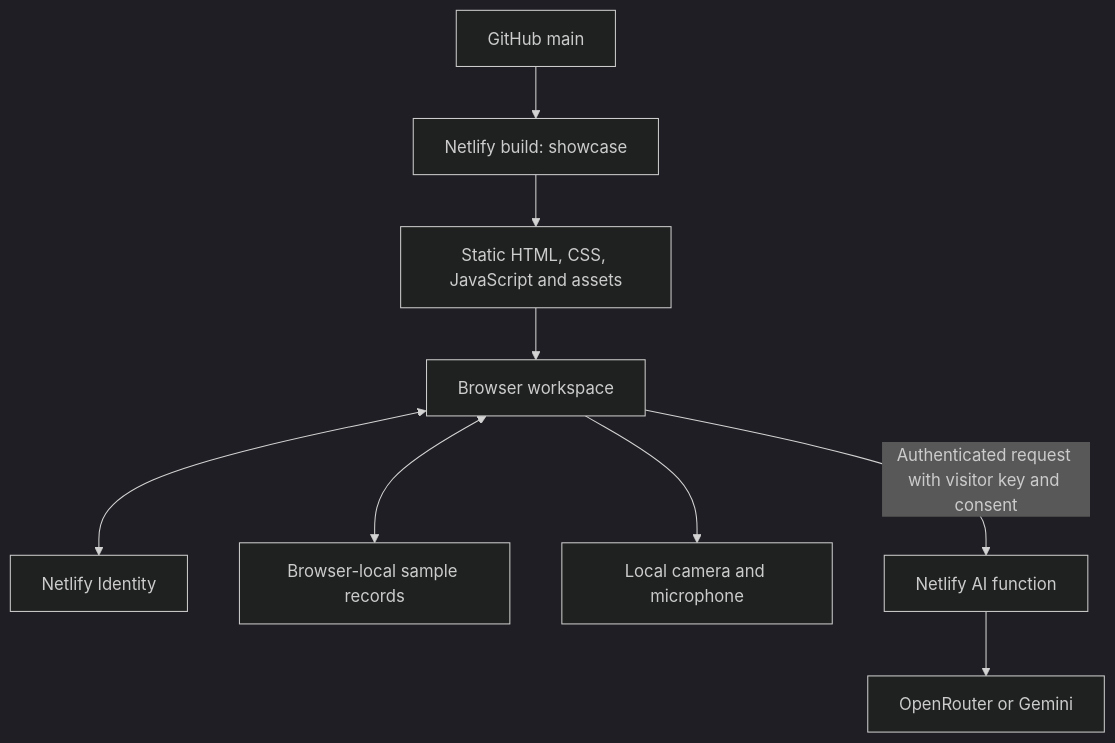
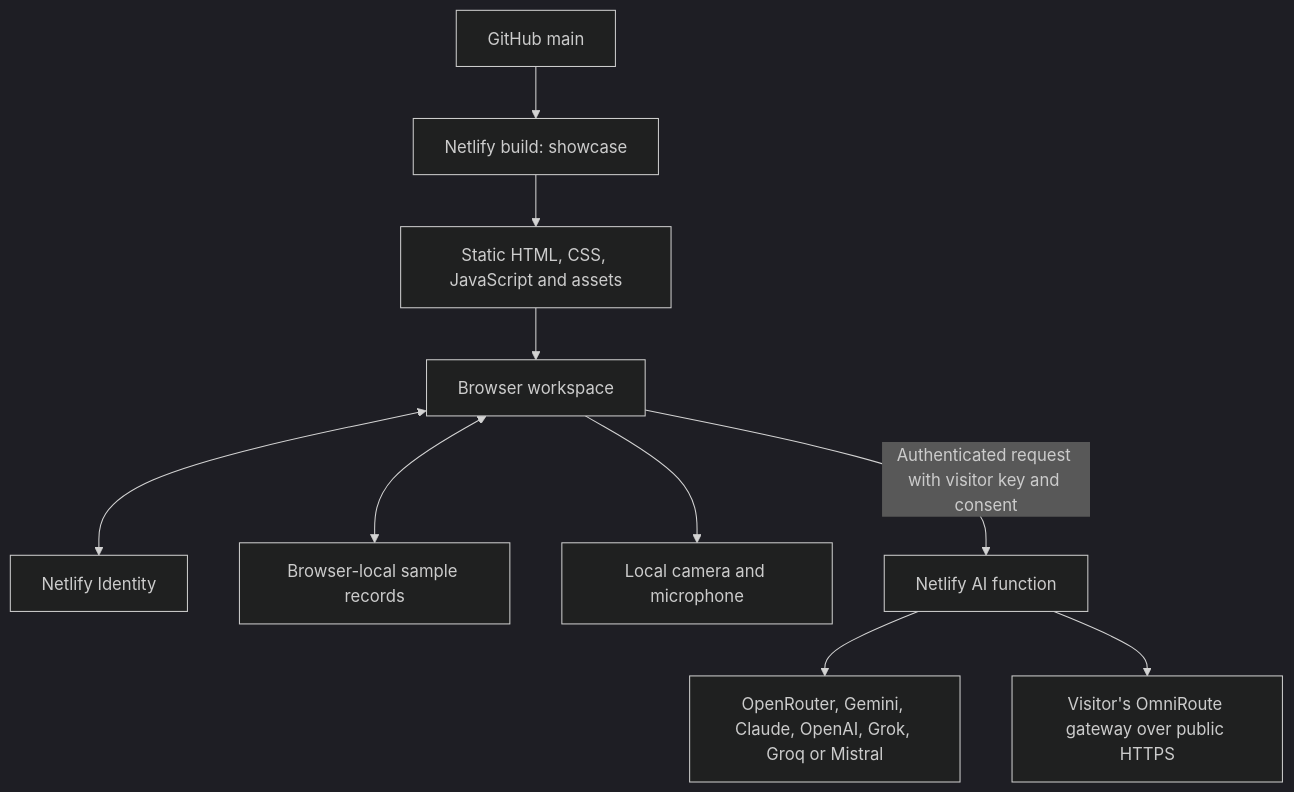
Before and after one commit to swera-asif/FireCam: the diagram in docs-src/ARCHITECTURE.md, drawn with Mermaid (dark theme). The commit also changed 3 other files, not shown here.

First line of the commit message:
Document the detection lab's new providers and OmniRoute gateway rules

````diff
--- a/docs-src/ARCHITECTURE.md
+++ b/docs-src/ARCHITECTURE.md
@@ -5,11 +5,12 @@
 ```mermaid
 flowchart TD
   Git[GitHub main] --> Build[Netlify build: showcase]
   Build --> Static[Static HTML, CSS, JavaScript and assets]
   Static --> Browser[Browser workspace]
   Browser <--> Identity[Netlify Identity]
   Browser <--> Storage[Browser-local sample records]
   Browser --> Media[Local camera and microphone]
   Browser -->|Authenticated request with visitor key and consent| Function[Netlify AI function]
-  Function --> Provider[OpenRouter or Gemini]
+  Function --> Provider[OpenRouter, Gemini, Claude, OpenAI, Grok, Groq or Mistral]
+  Function --> Gateway[Visitor's OmniRoute gateway over public HTTPS]
 ```
````
